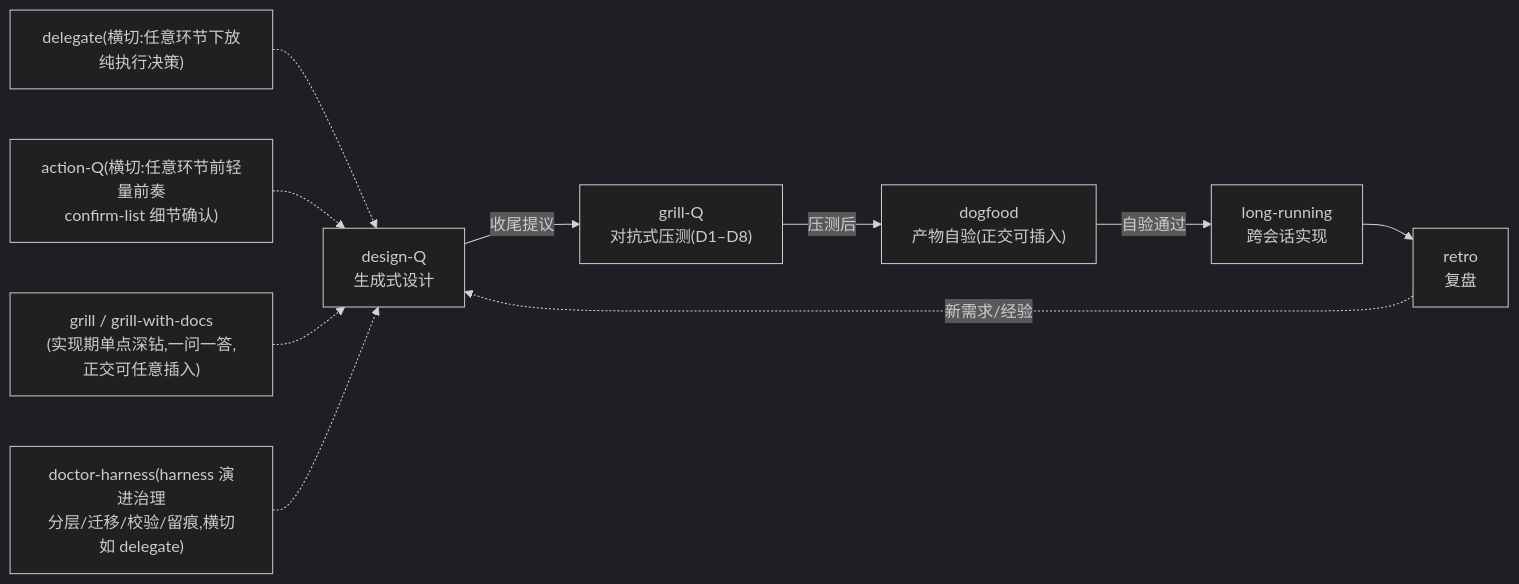
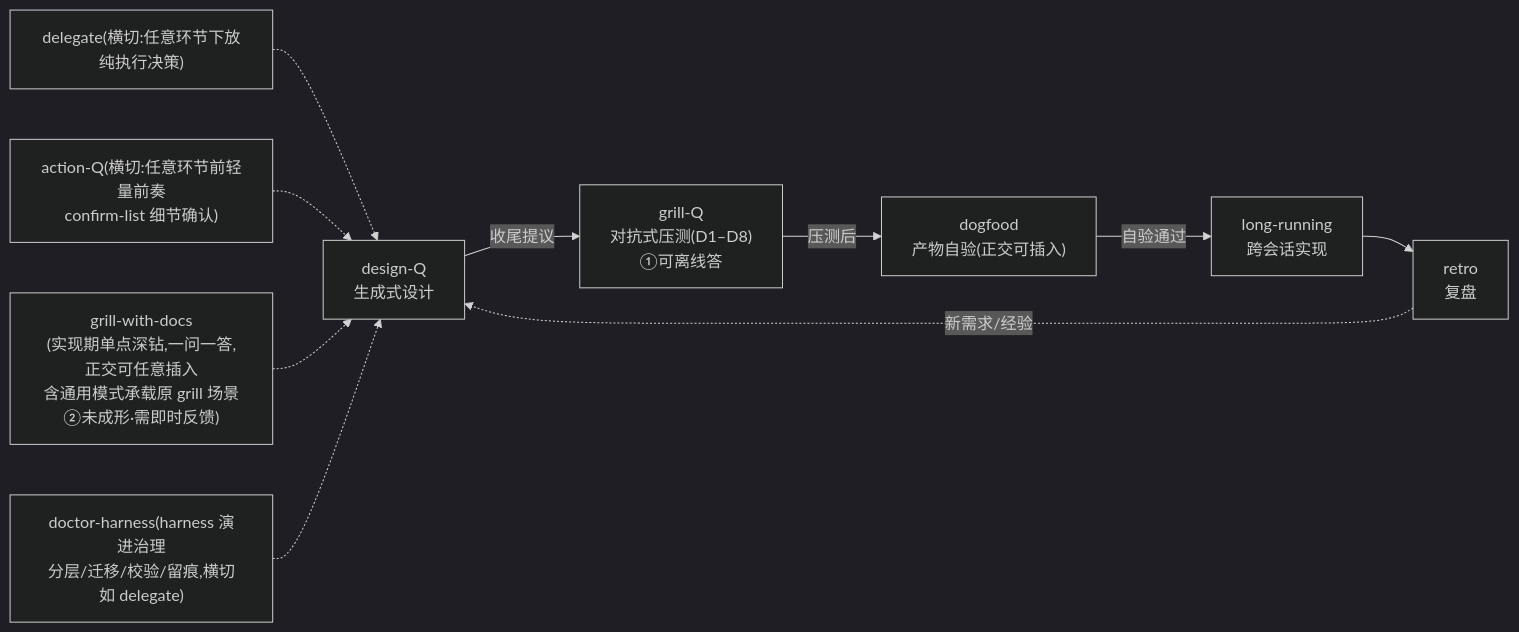
Before and after one commit to code-cycler/info-driven-ai-se-harness-engineering: the diagram in CLAUDE.md, drawn with Mermaid (dark theme). The commit also changed other lines of this file and 20 other files, not shown here.

````diff
--- a/CLAUDE.md
+++ b/CLAUDE.md
@@ -43,12 +43,12 @@
 ```mermaid
 flowchart LR
-    DQ["design-Q<br/>生成式设计"] -->|收尾提议| GQ["grill-Q<br/>对抗式压测(D1–D8)"]
+    DQ["design-Q<br/>生成式设计"] -->|收尾提议| GQ["grill-Q<br/>对抗式压测(D1–D8)<br/>①可离线答"]
     GQ -->|压测后| DOG["dogfood<br/>产物自验(正交可插入)"]
     DOG -->|自验通过| LR["long-running<br/>跨会话实现"]
     LR --> RETRO["retro<br/>复盘"]
     RETRO -.->|新需求/经验| DQ
     DEL["delegate(横切:任意环节下放纯执行决策)"] -.-> DQ
     AQ["action-Q(横切:任意环节前轻量前奏<br/>confirm-list 细节确认)"] -.-> DQ
-    GW["grill / grill-with-docs<br/>(实现期单点深钻,一问一答,正交可任意插入)"] -.-> DQ
+    GW["grill-with-docs<br/>(实现期单点深钻,一问一答,正交可任意插入<br/>含通用模式承载原 grill 场景<br/>②未成形·需即时反馈)"] -.-> DQ
     DH["doctor-harness(harness 演进治理<br/>分层/迁移/校验/留痕,横切如 delegate)"] -.-> DQ
 ```
````
